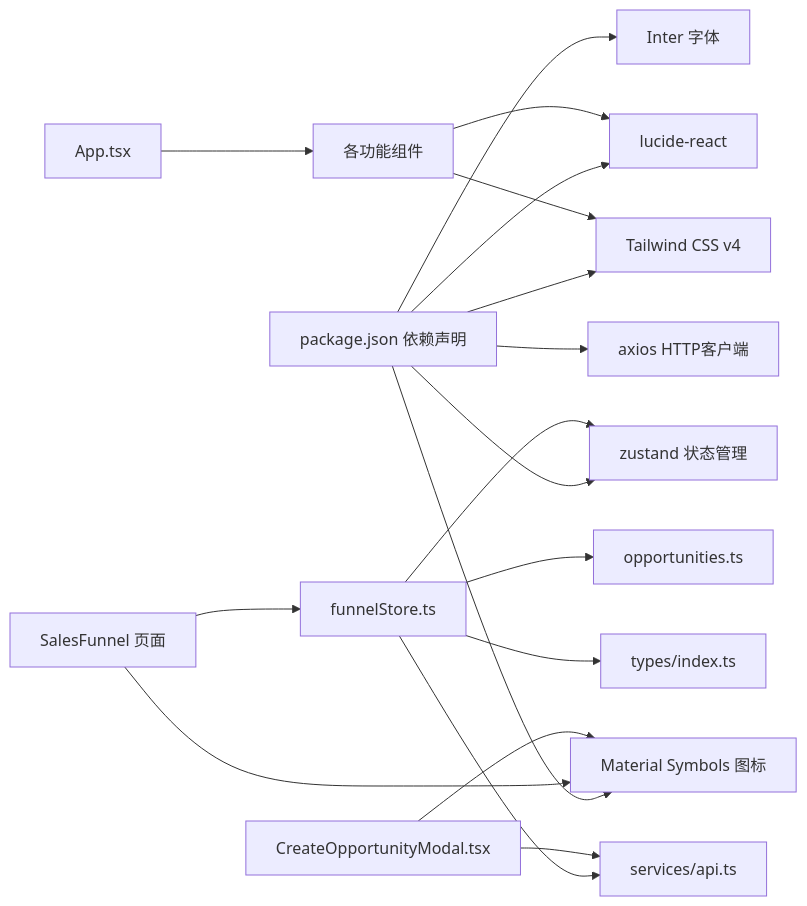
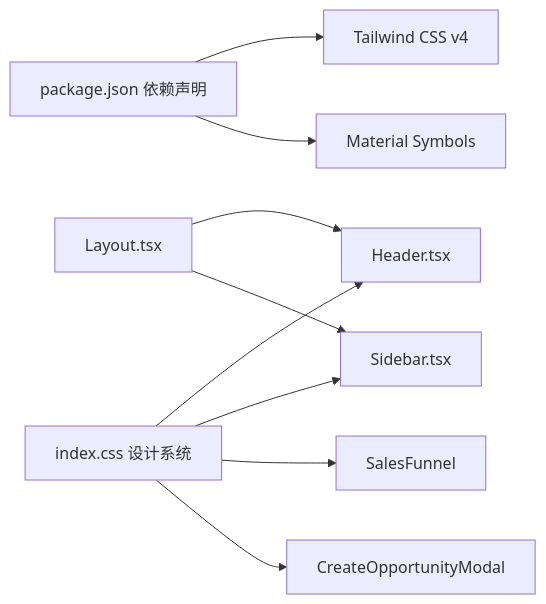
One commit to xianjianshenqu/SalesFlow-CRM changed the second of 2 diagrams in .qoder/repowiki/zh/content/UI_UX设计/组件库规范/组件库规范.md. Above: the diagram before and after it, drawn with Mermaid. The commit also changed other lines of this file and 9 other files, not shown here.

````diff
--- a/.qoder/repowiki/zh/content/UI_UX设计/组件库规范/组件库规范.md
+++ b/.qoder/repowiki/zh/content/UI_UX设计/组件库规范/组件库规范.md
@@ -409,35 +314,20 @@
 ```mermaid
 graph LR
 PKG["package.json 依赖声明"]
-LUCIDE["lucide-react"]
-TW["Tailwind CSS v4"]
-INTER["Inter 字体"]
-ZUSTAND["zustand 状态管理"]
-MS["Material Symbols 图标"]
-AXIOS["axios HTTP客户端"]
-APP["App.tsx"]
-CMPS["各功能组件"]
-PAGE["SalesFunnel 页面"]
-STORE["funnelStore.ts"]
-DATA["opportunities.ts"]
-TYPES["types/index.ts"]
-API["services/api.ts"]
-CREATE_OPPORTUNITY["CreateOpportunityModal.tsx"]
-PKG --> LUCIDE
-PKG --> TW
-PKG --> INTER
-PKG --> ZUSTAND
-PKG --> MS
-PKG --> AXIOS
-APP --> CMPS
-PAGE --> STORE
-STORE --> ZUSTAND
-STORE --> DATA
-STORE --> TYPES
-STORE --> API
-CREATE_OPPORTUNITY --> API
-CMPS --> LUCIDE
-CMPS --> TW
-PAGE --> MS
-CREATE_OPPORTUNITY --> MS
+TAILWIND["Tailwind CSS v4"]
+MATERIAL["Material Symbols"]
+CSS["index.css 设计系统"]
+HEADER["Header.tsx"]
+SIDEBAR["Sidebar.tsx"]
+LAYOUT["Layout.tsx"]
+FUNNEL["SalesFunnel"]
+MODAL["CreateOpportunityModal"]
+PKG --> TAILWIND
+PKG --> MATERIAL
+CSS --> HEADER
+CSS --> SIDEBAR
+CSS --> FUNNEL
+CSS --> MODAL
+LAYOUT --> HEADER
+LAYOUT --> SIDEBAR
 ```
````
